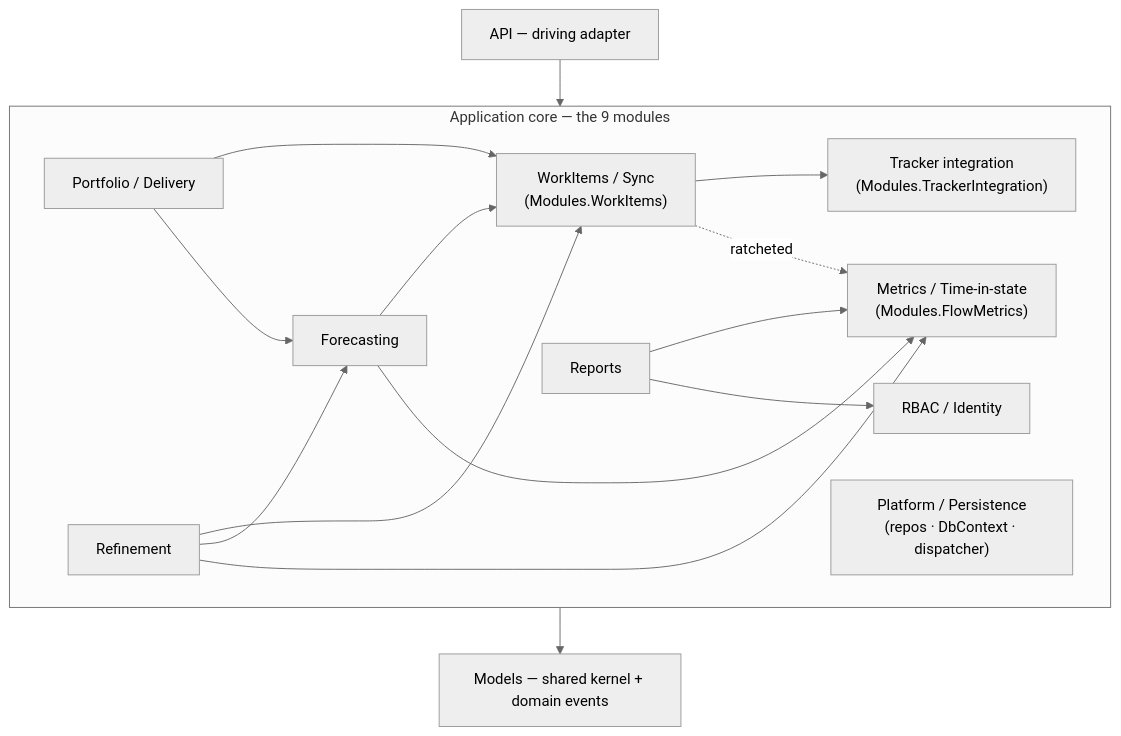
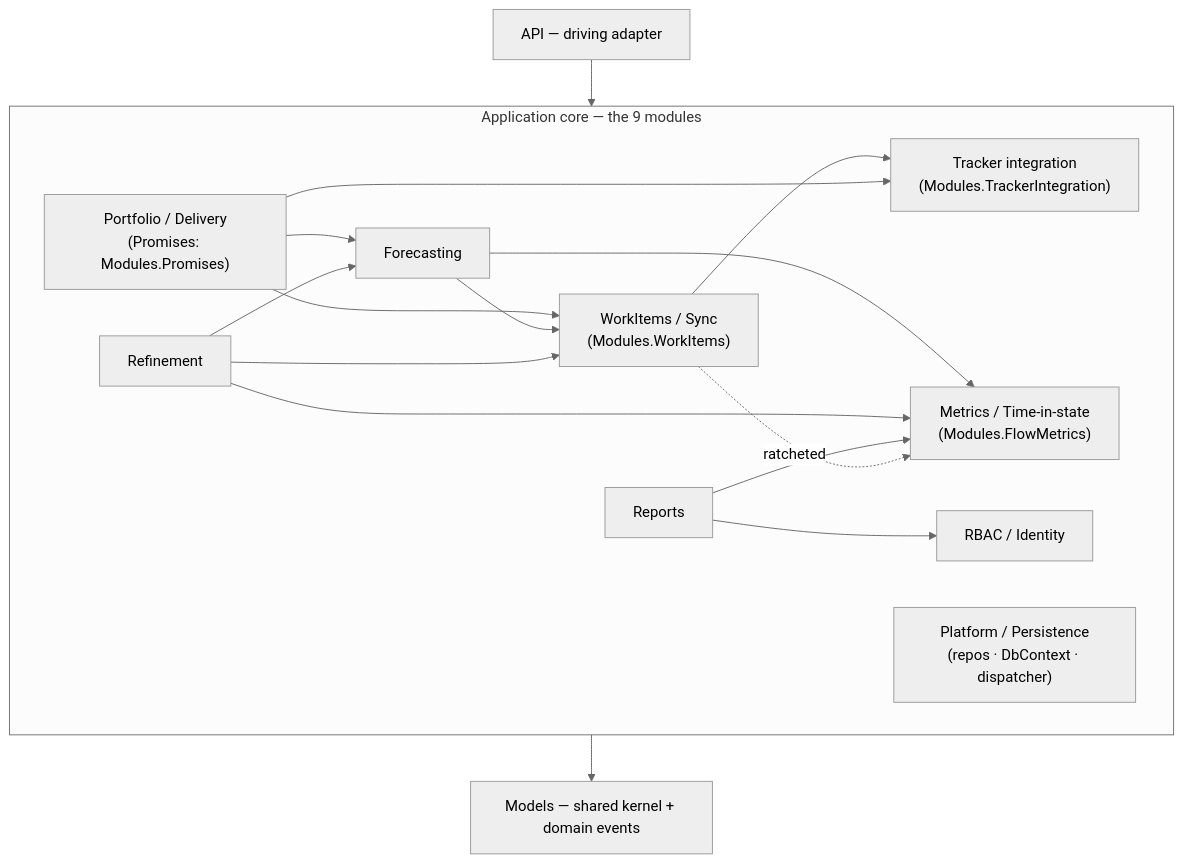
The second of 4 diagrams in ARCHITECTURE.md (LetPeopleWork/Lighthouse), drawn with Mermaid (neutral theme) before and after one commit. The commit also changed other lines of this file and 8 other files, not shown here.

````diff
--- a/ARCHITECTURE.md
+++ b/ARCHITECTURE.md
@@ -113,29 +113,30 @@
 ```mermaid
 graph TD
   API["API — driving adapter"]
   subgraph CORE["Application core — the 9 modules"]
     WT["Tracker integration<br/>(Modules.TrackerIntegration)"]
     SYNC["WorkItems / Sync<br/>(Modules.WorkItems)"]
     FC["Forecasting"]
-    PD["Portfolio / Delivery"]
+    PD["Portfolio / Delivery<br/>(Promises: Modules.Promises)"]
     MET["Metrics / Time-in-state<br/>(Modules.FlowMetrics)"]
     RBAC["RBAC / Identity"]
     PLAT["Platform / Persistence<br/>(repos · DbContext · dispatcher)"]
     REF["Refinement"]
     REP["Reports"]
   end
   KERNEL["Models — shared kernel + domain events"]
   API --> CORE
   CORE --> KERNEL
   SYNC --> WT
   PD --> SYNC
   PD --> FC
+  PD --> WT
   FC --> SYNC
   FC --> MET
   REF --> SYNC
   REF --> FC
   REF --> MET
   REP --> MET
   REP --> RBAC
   SYNC -.->|"ratcheted"| MET
 ```
````
